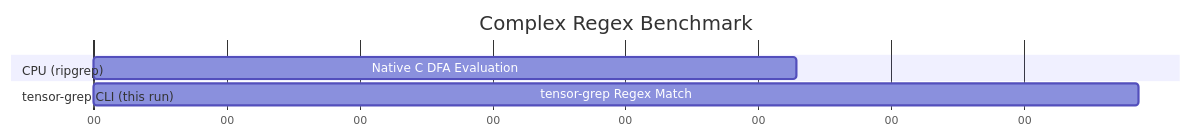
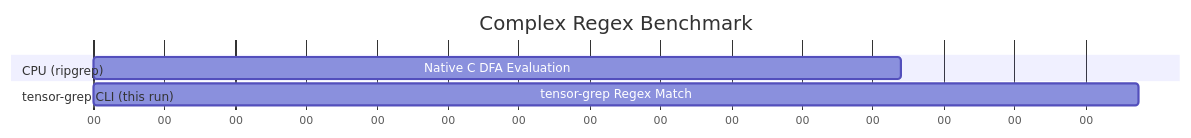
The second of 3 diagrams in docs/PAPER.md (oimiragieo/tensor-grep), drawn with Mermaid before and after one commit. The commit also changed other lines of this file and 1 other file, not shown here.

````diff
--- a/docs/PAPER.md
+++ b/docs/PAPER.md
@@ -103,12 +103,12 @@
 ```mermaid
 gantt
     title Complex Regex Benchmark
     dateFormat  s
     axisFormat %S
     
     section CPU (ripgrep)
-    Native C DFA Evaluation :a1, 0, 0.529s
+    Native C DFA Evaluation :a1, 0, 0.228s
     
     section tensor-grep CLI (this run)
-    tensor-grep Regex Match :a2, 0, 0.786s
+    tensor-grep Regex Match :a2, 0, 0.295s
 ```
````
